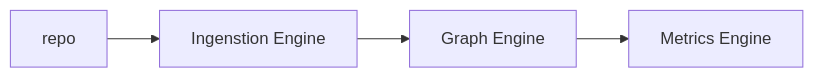
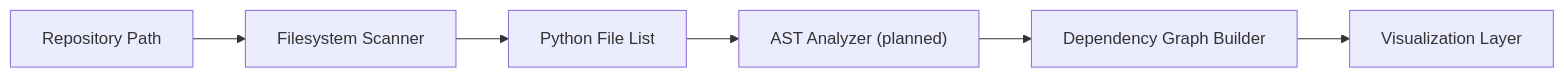
Before and after one commit to tebogomonamodi08/repo-graph: the diagram in README.md, drawn with Mermaid. The commit also changed other lines of this file and 3 other files, not shown here.

````diff
--- a/README.md
+++ b/README.md
@@ -12,8 +15,8 @@
 ```mermaid
 graph LR
-A[repo]-->B[Ingenstion Engine]
-B-->C[Graph Engine]
-C-->D[Metrics Engine]
-
-
+A["Repository Path"] --> B["Filesystem Scanner"]
+B --> C["Python File List"]
+C --> D["AST Analyzer (planned)"]
+D --> E["Dependency Graph Builder"]
+E --> F["Visualization Layer"]
 ```
````
